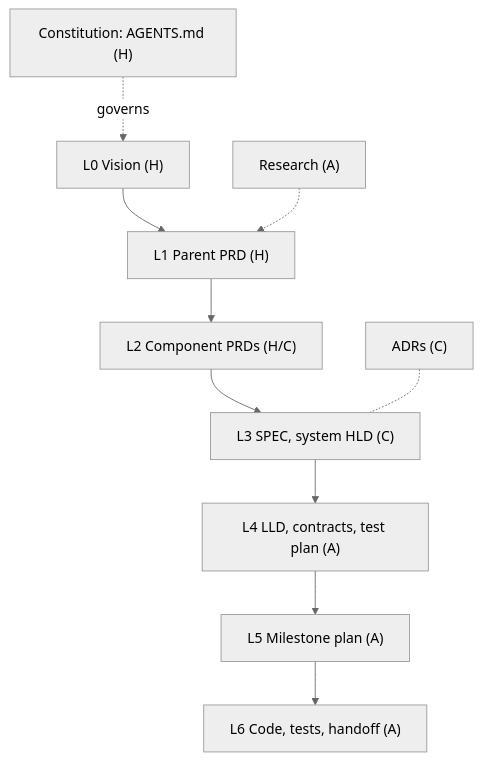
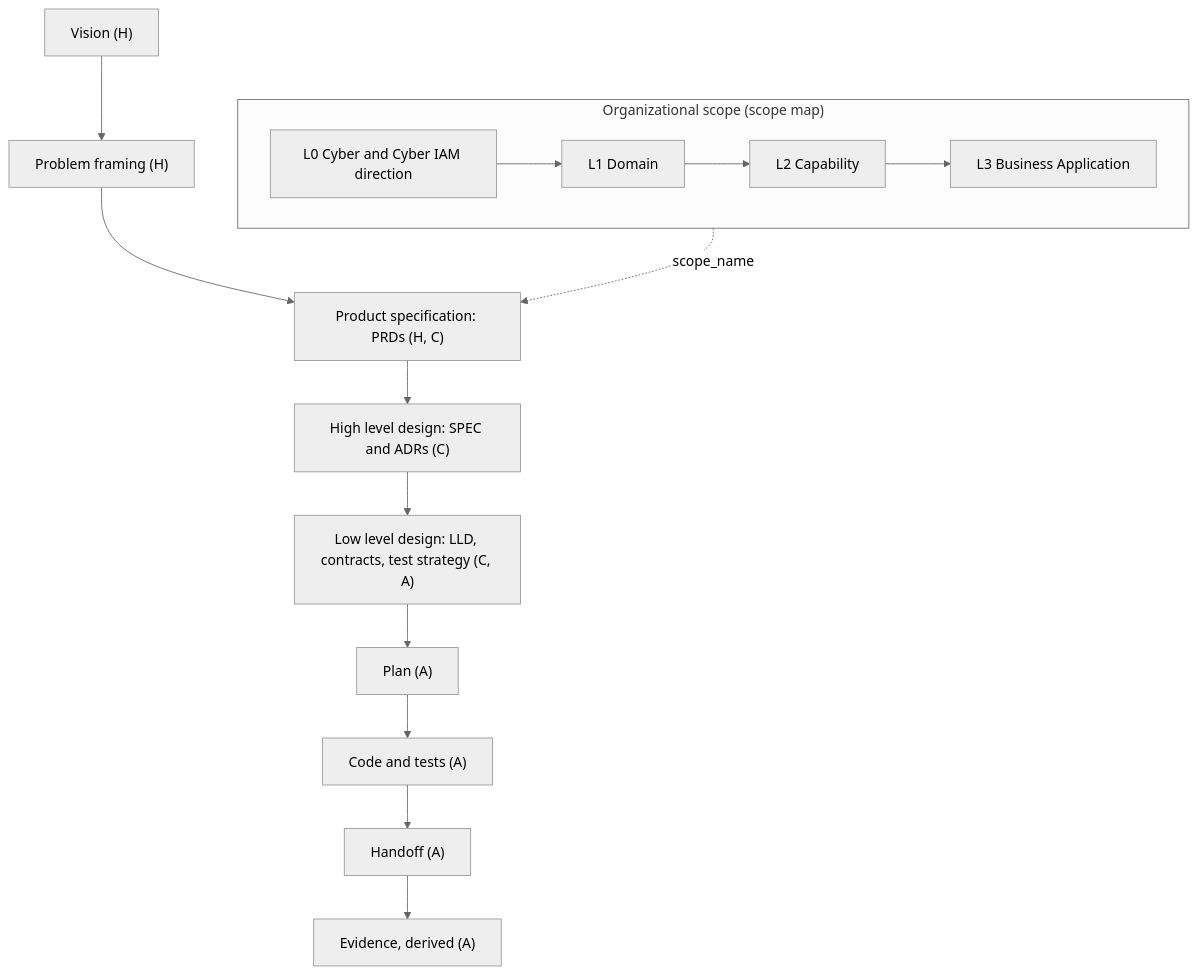
The diagram in docs/guide/framework-overview.md (kennylhilljr/sdd_framework), drawn with Mermaid (neutral theme) before and after one commit. The commit also changed other lines of this file and 84 other files, not shown here.

````diff
--- a/docs/guide/framework-overview.md
+++ b/docs/guide/framework-overview.md
@@ -22,10 +31,11 @@
 ```mermaid
 flowchart TB
-    CON["Constitution: AGENTS.md (H)"]
-    L0["L0 Vision (H)"] --> L1["L1 Parent PRD (H)"] --> L2["L2 Component PRDs (H/C)"]
-    L2 --> L3["L3 SPEC, system HLD (C)"] --> L4["L4 LLD, contracts, test plan (A)"]
-    L4 --> L5["L5 Milestone plan (A)"] --> L6["L6 Code, tests, handoff (A)"]
-    CON -. governs .-> L0
-    ADR["ADRs (C)"] -.- L3
-    RES["Research (A)"] -.-> L1
+    subgraph SCOPE["Organizational scope (scope map)"]
+      direction LR
+      S0["L0 Cyber and Cyber IAM direction"] --> S1["L1 Domain"] --> S2["L2 Capability"] --> S3["L3 Business Application"]
+    end
+    VIS["Vision (H)"] --> PF["Problem framing (H)"] --> PS["Product specification: PRDs (H, C)"]
+    PS --> HLD["High level design: SPEC and ADRs (C)"] --> LLD["Low level design: LLD, contracts, test strategy (C, A)"]
+    LLD --> PL["Plan (A)"] --> CT["Code and tests (A)"] --> HO["Handoff (A)"] --> EV["Evidence, derived (A)"]
+    S3 -. "scope_name" .-> PS
 ```
````
